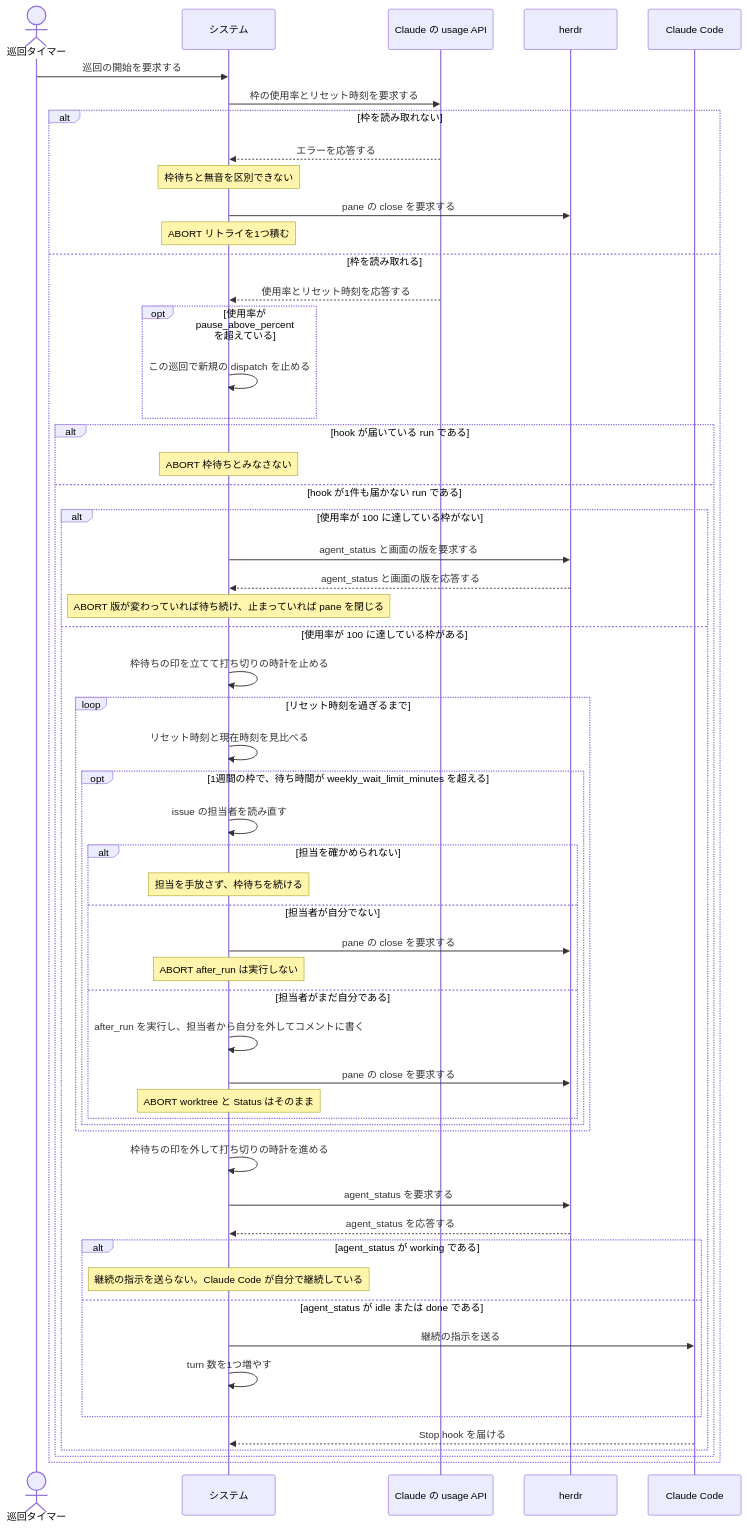
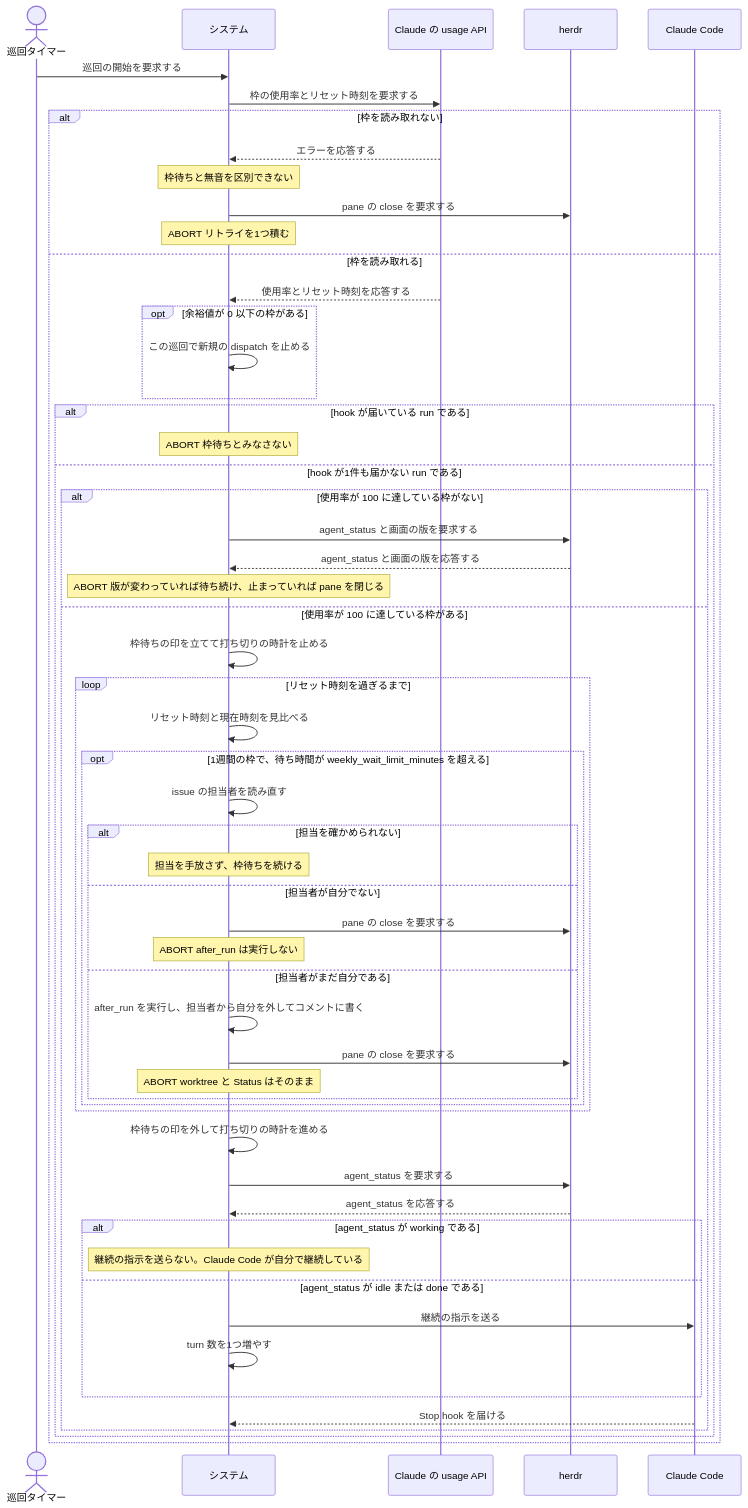
One commit to maimuzo/continuo changed the second of 2 diagrams in docs/spec/usecases/particular_case/レートリミットで待って再開する.rucm.md. Above: the diagram before and after it, drawn with Mermaid. The commit also changed other lines of this file and 18 other files, not shown here.

First line of the commit message:
文書と RUCM を余裕値の1本の線へ揃える pause_above_percent の移行手順を書く

````diff
--- a/docs/spec/usecases/particular_case/レートリミットで待って再開する.rucm.md
+++ b/docs/spec/usecases/particular_case/レートリミットで待って再開する.rucm.md
@@ -235,59 +237,59 @@
 ```mermaid
 sequenceDiagram
     actor T as 巡回タイマー
     participant S as システム
     participant API as Claude の usage API
     participant H as herdr
     participant CC as Claude Code
 
     T->>S: 巡回の開始を要求する
     S->>API: 枠の使用率とリセット時刻を要求する
     alt 枠を読み取れない
         API-->>S: エラーを応答する
         Note over S: 枠待ちと無音を区別できない
         S->>H: pane の close を要求する
         Note over S: ABORT リトライを1つ積む
     else 枠を読み取れる
         API-->>S: 使用率とリセット時刻を応答する
-        opt 使用率が pause_above_percent を超えている
+        opt 余裕値が 0 以下の枠がある
             S->>S: この巡回で新規の dispatch を止める
         end
         alt hook が届いている run である
             Note over S: ABORT 枠待ちとみなさない
         else hook が1件も届かない run である
             alt 使用率が 100 に達している枠がない
                 S->>H: agent_status と画面の版を要求する
                 H-->>S: agent_status と画面の版を応答する
                 Note over S: ABORT 版が変わっていれば待ち続け、止まっていれば pane を閉じる
             else 使用率が 100 に達している枠がある
                 S->>S: 枠待ちの印を立てて打ち切りの時計を止める
                 loop リセット時刻を過ぎるまで
                     S->>S: リセット時刻と現在時刻を見比べる
                     opt 1週間の枠で、待ち時間が weekly_wait_limit_minutes を超える
                         S->>S: issue の担当者を読み直す
                         alt 担当を確かめられない
                             Note over S: 担当を手放さず、枠待ちを続ける
                         else 担当者が自分でない
                             S->>H: pane の close を要求する
                             Note over S: ABORT after_run は実行しない
                         else 担当者がまだ自分である
                             S->>S: after_run を実行し、担当者から自分を外してコメントに書く
                             S->>H: pane の close を要求する
                             Note over S: ABORT worktree と Status はそのまま
                         end
                     end
                 end
                 S->>S: 枠待ちの印を外して打ち切りの時計を進める
                 S->>H: agent_status を要求する
                 H-->>S: agent_status を応答する
                 alt agent_status が working である
                     Note over S: 継続の指示を送らない。Claude Code が自分で継続している
                 else agent_status が idle または done である
                     S->>CC: 継続の指示を送る
                     S->>S: turn 数を1つ増やす
                 end
                 CC-->>S: Stop hook を届ける
             end
         end
     end
 ```
````
